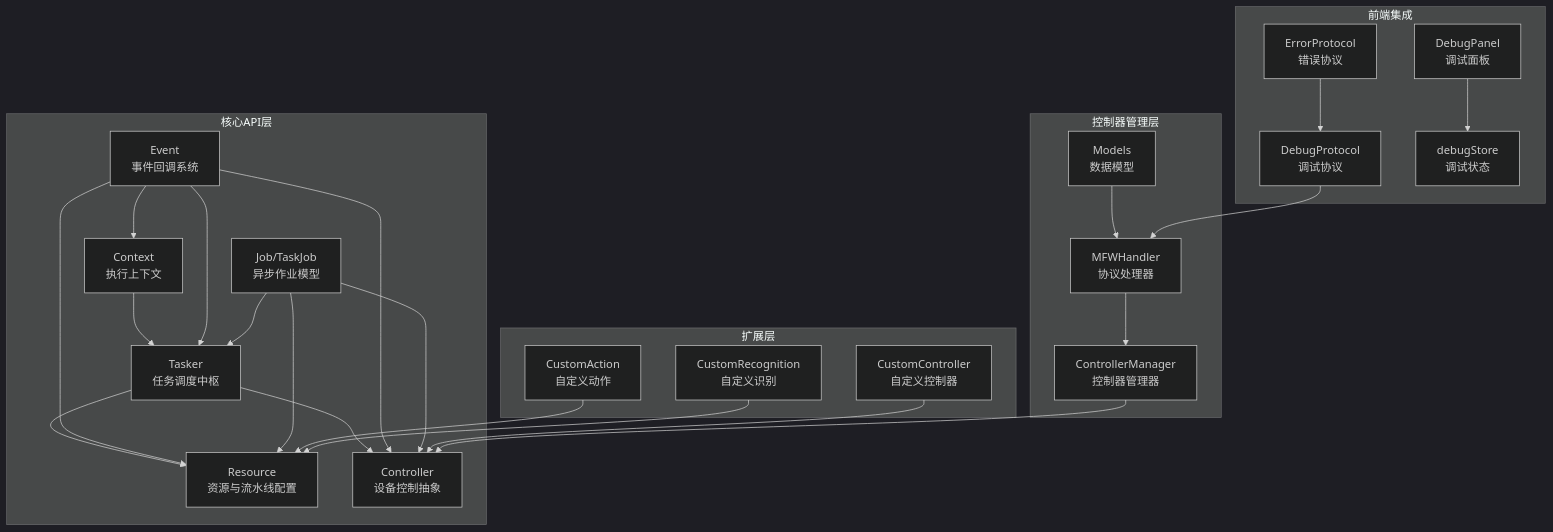
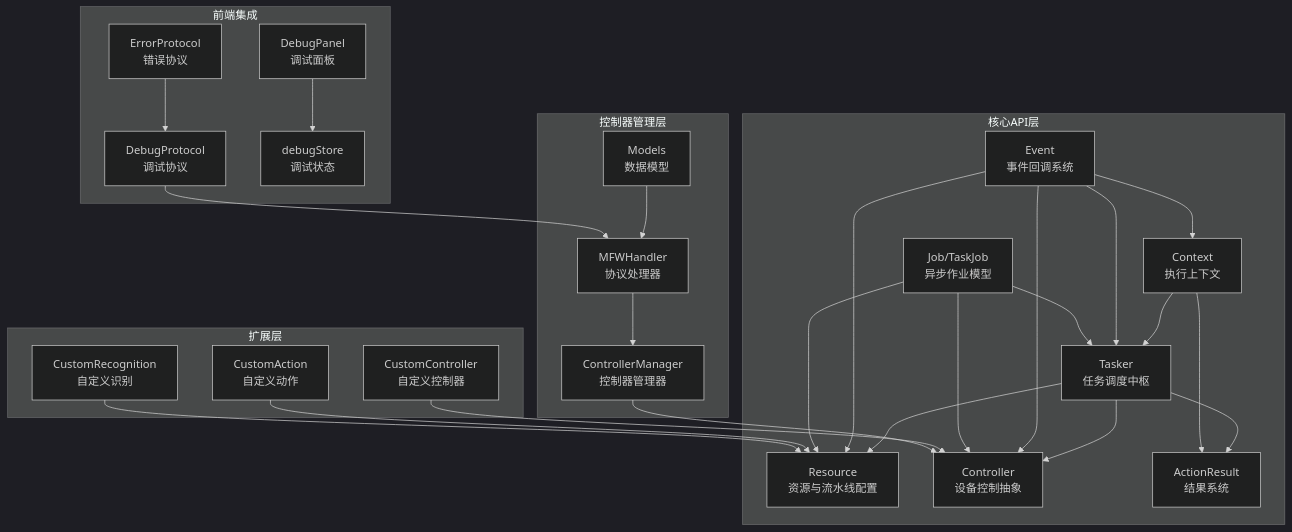
The first of 10 diagrams in .qoder/repowiki/zh/content/API 参考/maafw-golang API 参考.md (kqcoxn/MaaPipelineEditor), drawn with Mermaid (dark theme) before and after one commit. The commit also changed other lines of this file and 6 other files, not shown here.

````diff
--- a/.qoder/repowiki/zh/content/API 参考/maafw-golang API 参考.md
+++ b/.qoder/repowiki/zh/content/API 参考/maafw-golang API 参考.md
@@ -53,46 +62,49 @@
 ```mermaid
 graph TB
 subgraph "核心API层"
 T["Tasker<br/>任务调度中枢"]
 R["Resource<br/>资源与流水线配置"]
 C["Controller<br/>设备控制抽象"]
 X["Context<br/>执行上下文"]
 E["Event<br/>事件回调系统"]
 J["Job/TaskJob<br/>异步作业模型"]
+AR["ActionResult<br/>结果系统"]
 end
 subgraph "扩展层"
 CA["CustomAction<br/>自定义动作"]
 CR["CustomRecognition<br/>自定义识别"]
 CC["CustomController<br/>自定义控制器"]
 end
 subgraph "控制器管理层"
 CM["ControllerManager<br/>控制器管理器"]
 H["MFWHandler<br/>协议处理器"]
 M["Models<br/>数据模型"]
 end
 subgraph "前端集成"
 DP["DebugProtocol<br/>调试协议"]
 EP["ErrorProtocol<br/>错误协议"]
 DB["DebugPanel<br/>调试面板"]
 DS["debugStore<br/>调试状态"]
 end
 T --> R
 T --> C
+T --> AR
 X --> T
+X --> AR
 E --> T
 E --> R
 E --> C
 E --> X
 J --> T
 J --> R
 J --> C
 CA --> R
 CR --> R
 CC --> C
 CM --> C
 H --> CM
 M --> H
 DP --> H
 EP --> DP
 DB --> DS
 ```
````
